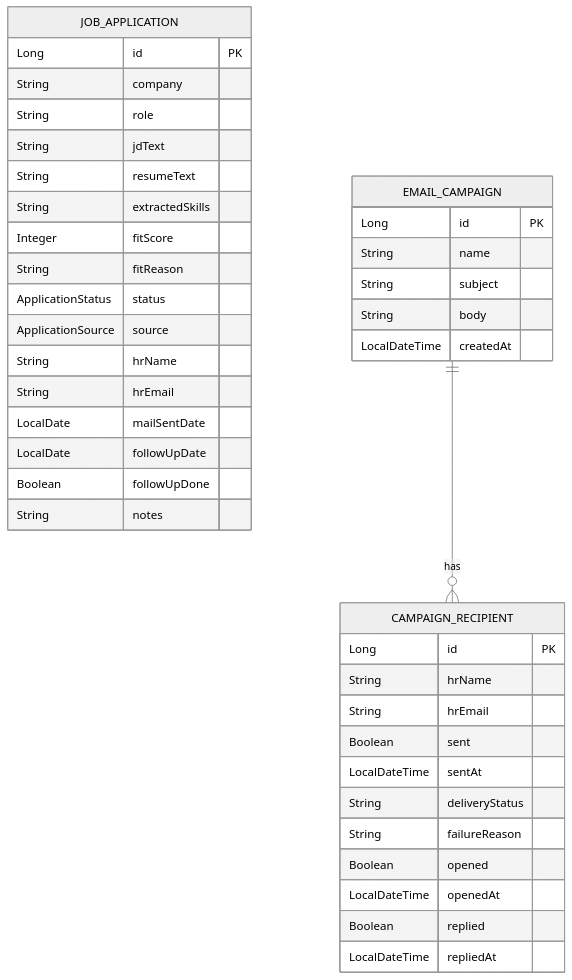
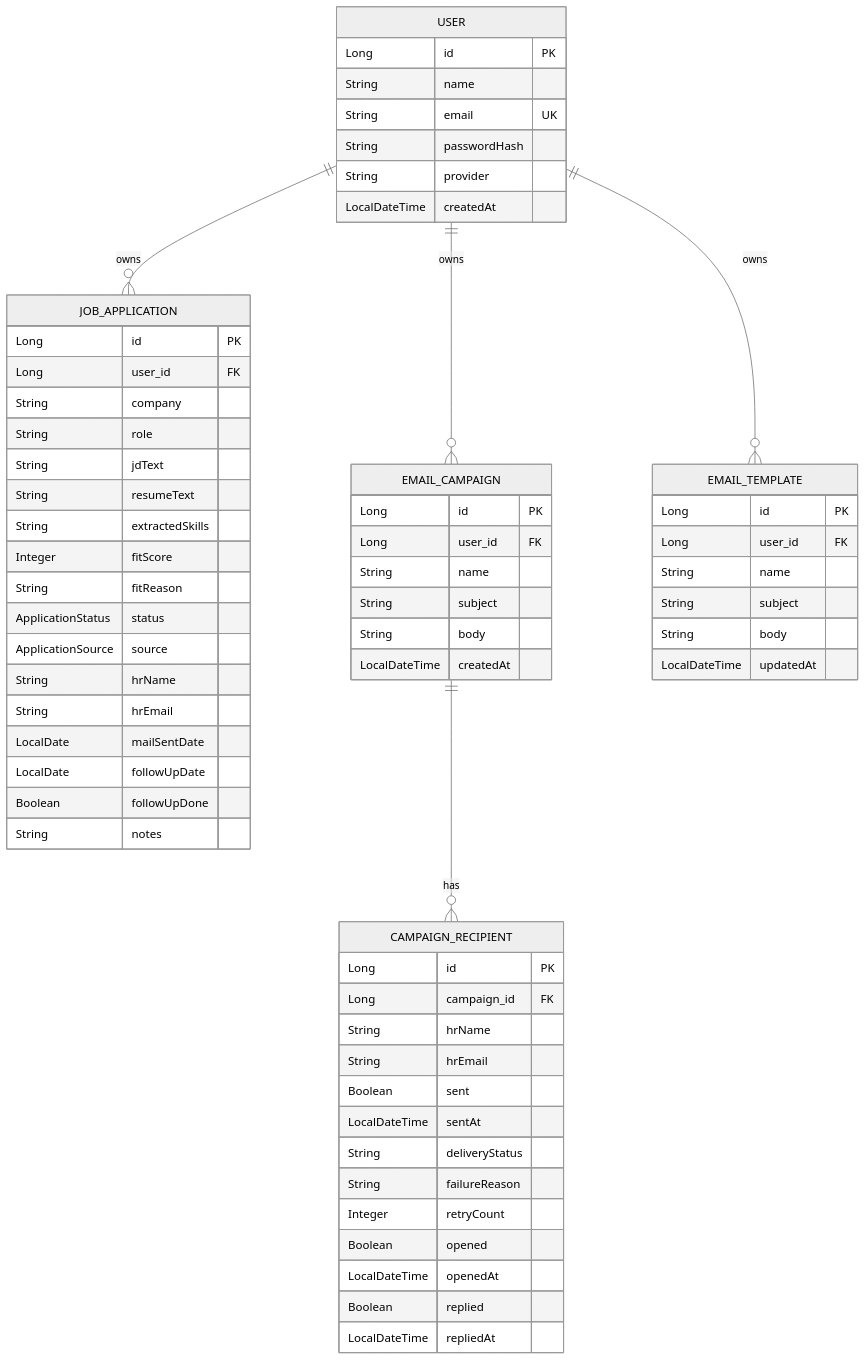
Before and after one commit to AdityaDeveloper-pixel/ai-job-tracker: diagram 11 of 12 in project_flow.md, drawn with Mermaid (neutral theme). The commit also changed other lines of this file and 1 other file, not shown here.

````diff
--- a/project_flow.md
+++ b/project_flow.md
@@ -150,45 +287,70 @@
 ```mermaid
 erDiagram
+    USER {
+        Long id PK
+        String name
+        String email UK
+        String passwordHash
+        String provider
+        LocalDateTime createdAt
+    }
+
     JOB_APPLICATION {
         Long id PK
+        Long user_id FK
         String company
         String role
         String jdText
         String resumeText
         String extractedSkills
         Integer fitScore
         String fitReason
         ApplicationStatus status
         ApplicationSource source
         String hrName
         String hrEmail
         LocalDate mailSentDate
         LocalDate followUpDate
         Boolean followUpDone
         String notes
     }
 
     EMAIL_CAMPAIGN {
         Long id PK
+        Long user_id FK
         String name
         String subject
         String body
         LocalDateTime createdAt
     }
 
     CAMPAIGN_RECIPIENT {
         Long id PK
+        Long campaign_id FK
         String hrName
         String hrEmail
         Boolean sent
         LocalDateTime sentAt
         String deliveryStatus
         String failureReason
+        Integer retryCount
         Boolean opened
         LocalDateTime openedAt
         Boolean replied
         LocalDateTime repliedAt
     }
 
+    EMAIL_TEMPLATE {
+        Long id PK
+        Long user_id FK
+        String name
+        String subject
+        String body
+        LocalDateTime updatedAt
+    }
+
+    USER ||--o{ JOB_APPLICATION : "owns"
+    USER ||--o{ EMAIL_CAMPAIGN : "owns"
+    USER ||--o{ EMAIL_TEMPLATE : "owns"
     EMAIL_CAMPAIGN ||--o{ CAMPAIGN_RECIPIENT : "has"
 ```
````
